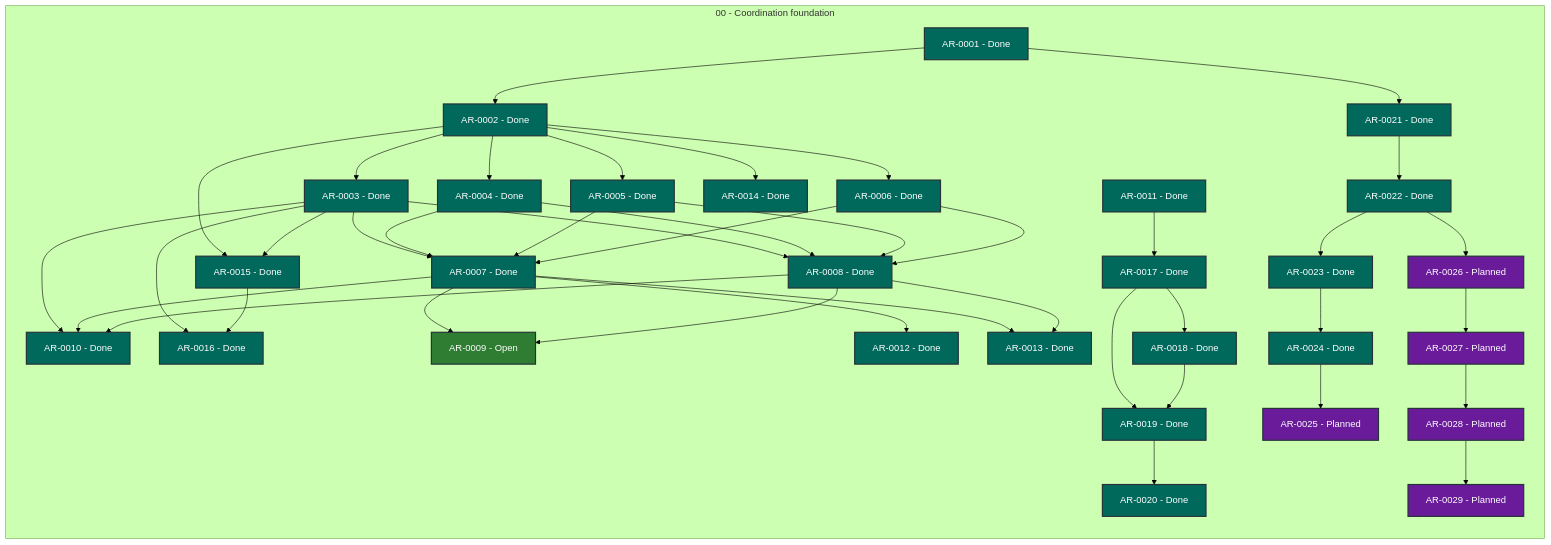
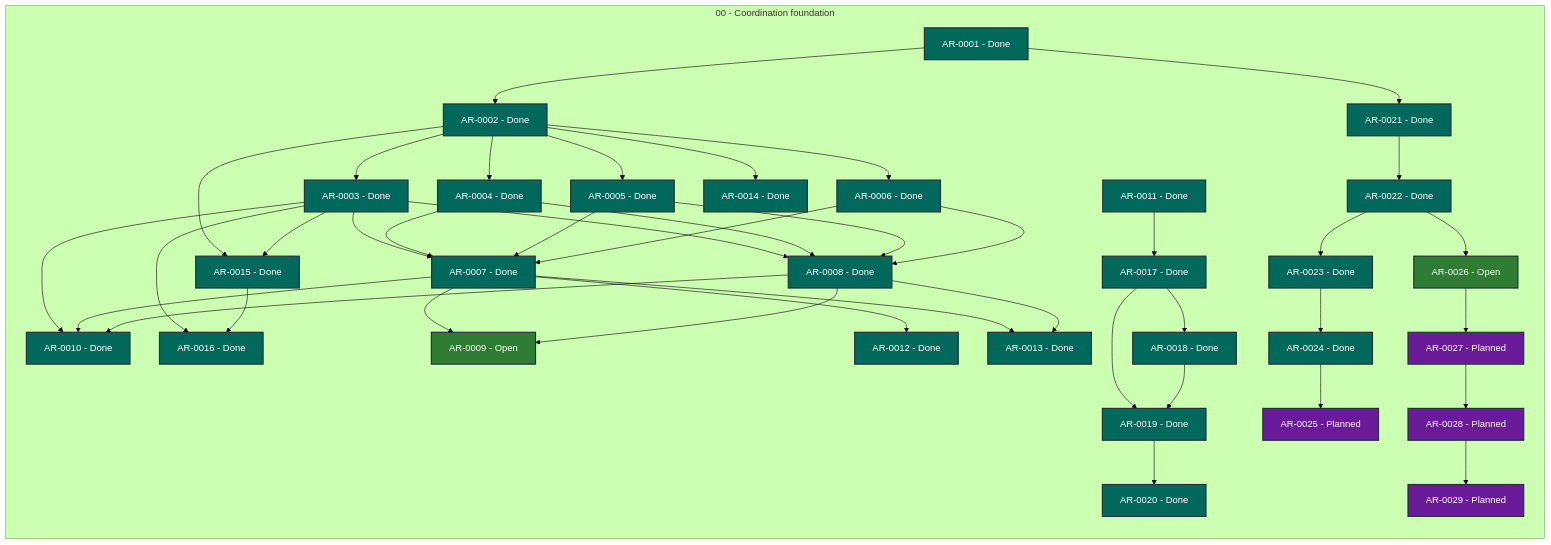
One commit to martin-beck/agent-workflow-coordinator-state changed the diagram in STATUS.md. Above: the diagram before and after it, drawn with Mermaid (forest theme). The commit also changed other lines of this file and 2 other files, not shown here.

```diff
--- a/STATUS.md
+++ b/STATUS.md
@@ -53,7 +53,7 @@
         AR_0023["AR-0023 - Done"]:::status_done
         AR_0024["AR-0024 - Done"]:::status_done
         AR_0025["AR-0025 - Planned"]:::status_planned
-        AR_0026["AR-0026 - Planned"]:::status_planned
+        AR_0026["AR-0026 - Open"]:::status_open
         AR_0027["AR-0027 - Planned"]:::status_planned
         AR_0028["AR-0028 - Planned"]:::status_planned
         AR_0029["AR-0029 - Planned"]:::status_planned
```
